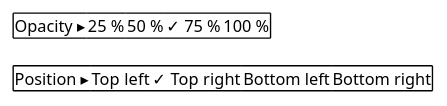
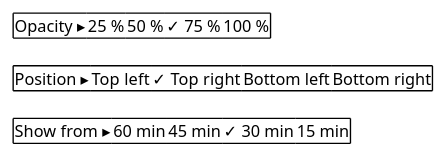
One commit to adlemich/EagleEye changed the fourth of 6 diagrams in 02_Implementation/docs/requirements/user-stories/US-010/user-story.md. Above: the diagram before and after it, drawn with PlantUML. The commit also changed other lines of this file and 1 other file, not shown here.

Commit message:
US-010: Story approved by Michael - display threshold 15/30/45/60 min (default 30); requirements v1.10 in effect

````diff
--- a/02_Implementation/docs/requirements/user-stories/US-010/user-story.md
+++ b/02_Implementation/docs/requirements/user-stories/US-010/user-story.md
@@ -259,9 +273,11 @@
 ```plantuml
 @startsalt
 {
   {+ Opacity ▸ | 25 % | 50 % | ✓ 75 % | 100 % }
   .
   {+ Position ▸ | Top left | ✓ Top right | Bottom left | Bottom right }
+  .
+  {+ Show from ▸ | 60 min | 45 min | ✓ 30 min | 15 min }
 }
 @endsalt
 ```
````
